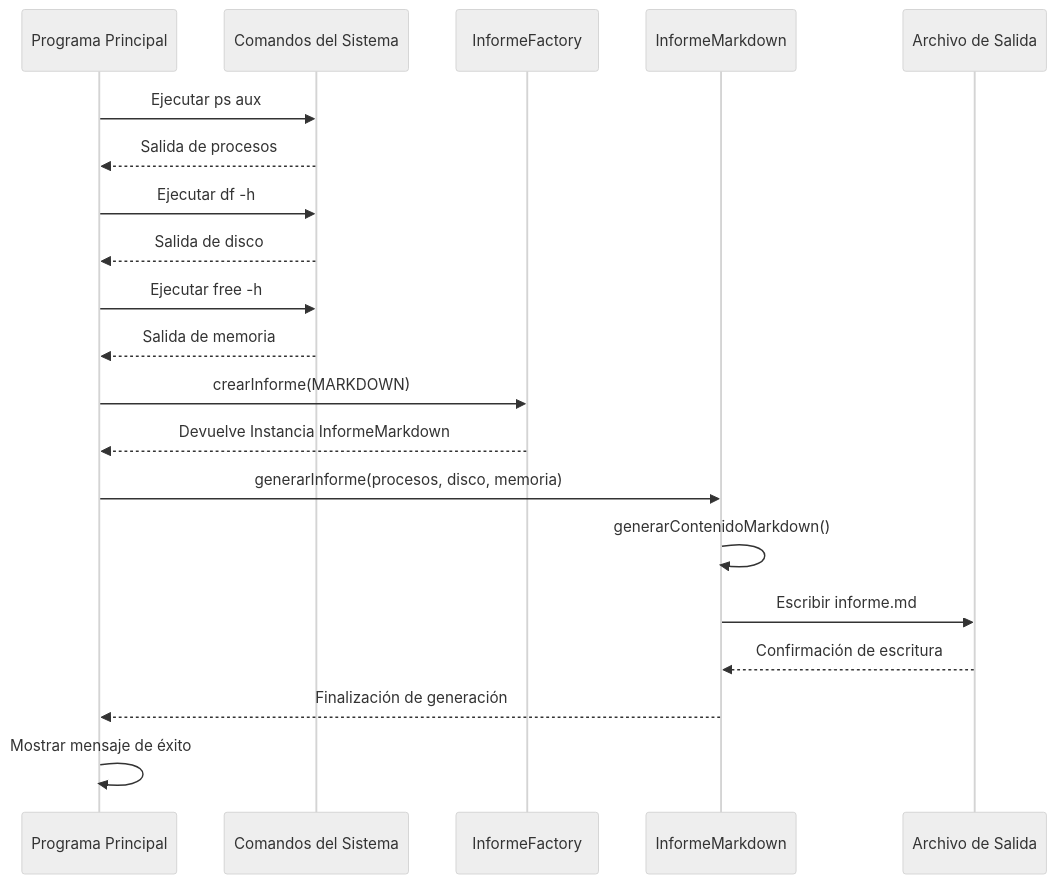
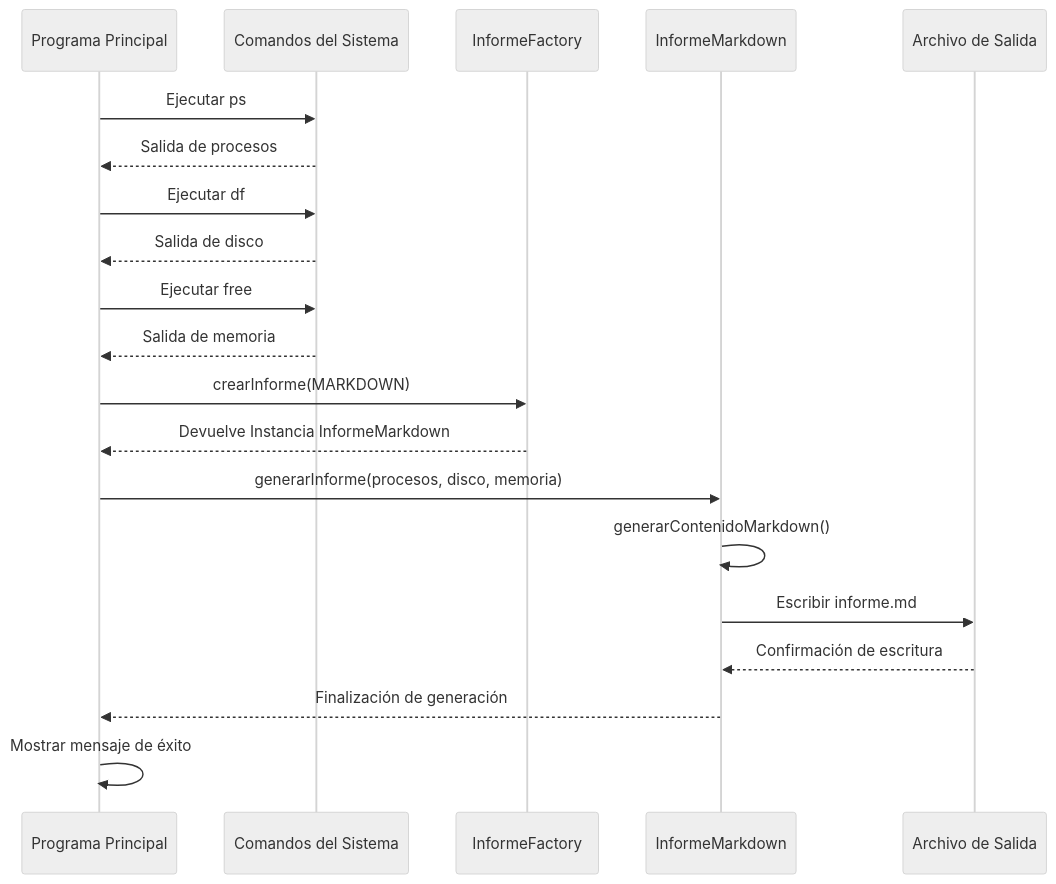
The diagram in README.md (liuDam1/ejercicioInforme), drawn with Mermaid (neutral theme) before and after one commit. The commit also changed other lines of this file, not shown here.

````diff
--- a/README.md
+++ b/README.md
@@ -8,23 +8,23 @@
 ```mermaid
 sequenceDiagram
     participant Main as Programa Principal
     participant CMD as Comandos del Sistema
     participant Factory as InformeFactory
     participant Informe as InformeMarkdown
     participant Archivo as Archivo de Salida
 
-    Main->>CMD: Ejecutar ps aux
+    Main->>CMD: Ejecutar ps
     CMD-->>Main: Salida de procesos
-    Main->>CMD: Ejecutar df -h
+    Main->>CMD: Ejecutar df
     CMD-->>Main: Salida de disco
-    Main->>CMD: Ejecutar free -h
+    Main->>CMD: Ejecutar free
     CMD-->>Main: Salida de memoria
     Main->>Factory: crearInforme(MARKDOWN)
     Factory-->>Main: Devuelve Instancia InformeMarkdown
     Main->>Informe: generarInforme(procesos, disco, memoria)
     Informe->>Informe: generarContenidoMarkdown()
     Informe->>Archivo: Escribir informe.md
     Archivo-->>Informe: Confirmación de escritura
     Informe-->>Main: Finalización de generación
     Main->>Main: Mostrar mensaje de éxito
 ```
````
